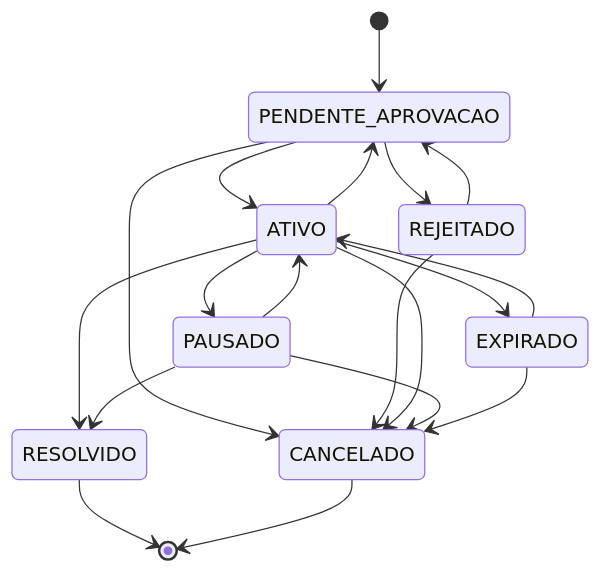
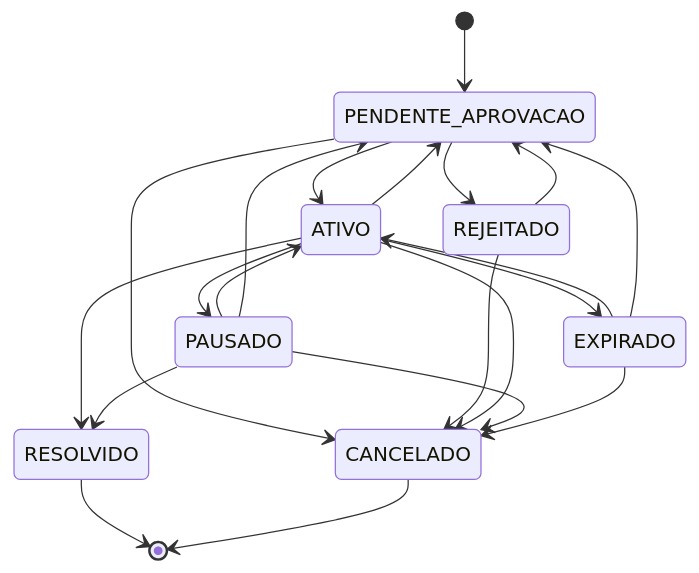
One commit to RuanParreira/maispatinhas-tcc changed the diagram in docs/Mais Patinhas/02-Modelagem/Fluxo Status de Anuncio.md. Above: the diagram before and after it, drawn with Mermaid. The commit also changed other lines of this file and 15 other files, not shown here.

````diff
--- a/docs/Mais Patinhas/02-Modelagem/Fluxo Status de Anuncio.md
+++ b/docs/Mais Patinhas/02-Modelagem/Fluxo Status de Anuncio.md
@@ -7,21 +7,23 @@
 ```mermaid
 stateDiagram-v2
     [*] --> PENDENTE_APROVACAO
     PENDENTE_APROVACAO --> REJEITADO
     PENDENTE_APROVACAO --> ATIVO
     PENDENTE_APROVACAO --> CANCELADO
     REJEITADO --> PENDENTE_APROVACAO
     REJEITADO --> CANCELADO
     ATIVO --> PENDENTE_APROVACAO
     ATIVO --> PAUSADO
     PAUSADO --> ATIVO
+    PAUSADO --> PENDENTE_APROVACAO
     ATIVO --> EXPIRADO
     EXPIRADO --> ATIVO
+    EXPIRADO --> PENDENTE_APROVACAO
     ATIVO --> RESOLVIDO
     PAUSADO --> RESOLVIDO
     ATIVO --> CANCELADO
     PAUSADO --> CANCELADO
     EXPIRADO --> CANCELADO
     RESOLVIDO --> [*]
     CANCELADO --> [*]
 ```
````
